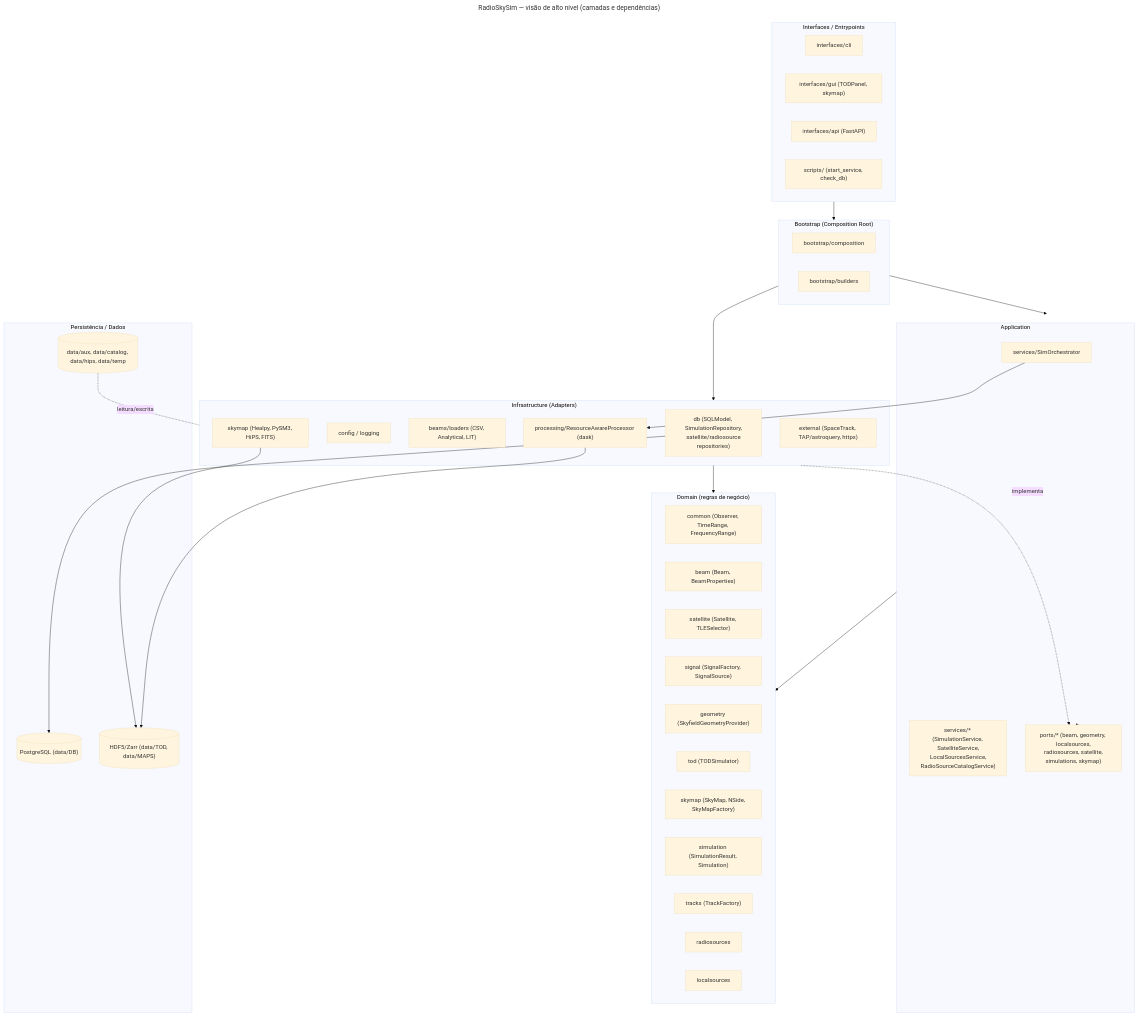
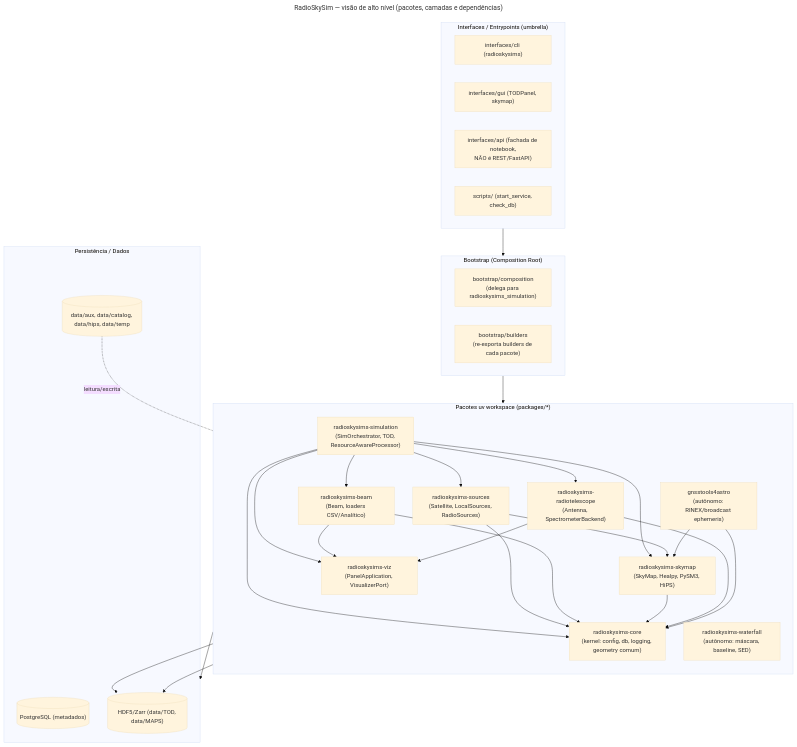
Before and after one commit to barosil/RadioSkySimSuite: the diagram in docs/diagrams/uml_high_level.mmd, drawn with Mermaid (base theme). The commit also changed 56 other files, not shown here.

Commit message:
feat(sims): notebook 02_sims de simulação leve + effective_area no perfil uirapuru + reorganização docs + bump core

```diff
--- a/docs/diagrams/uml_high_level.mmd
+++ b/docs/diagrams/uml_high_level.mmd
@@ -1,65 +1,60 @@
 ---
-title: RadioSkySim — visão de alto nível (camadas e dependências)
+title: RadioSkySim — visão de alto nível (pacotes, camadas e dependências)
 ---
-%% UML de alto nível - RadioSkySim
-%% Diagrama de pacotes/camadas (arquitetura hexagonal + composition root)
+%% UML de alto nível - RadioSkySimSuite (pós-desacoplamento)
+%% Atualizado em: 2026-09-01. Cada subgrafo de pacote segue internamente
+%% a arquitetura hexagonal: interfaces -> application -> domain,
+%% bootstrap monta infrastructure via DI, infrastructure implementa ports.
 flowchart TB
-    subgraph ENTRY["Interfaces / Entrypoints"]
-        CLI["interfaces/cli"]
+    subgraph ENTRY["Interfaces / Entrypoints (umbrella)"]
+        CLI["interfaces/cli (radioskysims)"]
         GUI["interfaces/gui (TODPanel, skymap)"]
-        API["interfaces/api (FastAPI)"]
+        NBAPI["interfaces/api (fachada de notebook,\nNÃO é REST/FastAPI)"]
         SCRIPTS["scripts/ (start_service, check_db)"]
     end
 
     subgraph BOOT["Bootstrap (Composition Root)"]
-        COMP["bootstrap/composition"]
-        BUILD["bootstrap/builders"]
+        COMP["bootstrap/composition\n(delega para radioskysims_simulation)"]
+        BUILD["bootstrap/builders\n(re-exporta builders de cada pacote)"]
     end
 
-    subgraph APP["Application"]
-        ORCH["services/SimOrchestrator"]
-        SVC["services/* (SimulationService, SatelliteService,\n LocalSourcesService, RadioSourceCatalogService)"]
-        PORTS["ports/* (beam, geometry, localsources,\n radiosources, satellite, simulations, skymap)"]
-    end
-
-    subgraph DOM["Domain (regras de negócio)"]
-        COMMON["common (Observer, TimeRange, FrequencyRange)"]
-        BEAM["beam (Beam, BeamProperties)"]
-        SAT["satellite (Satellite, TLESelector)"]
-        SIGNAL["signal (SignalFactory, SignalSource)"]
-        GEOM["geometry (SkyfieldGeometryProvider)"]
-        TOD["tod (TODSimulator)"]
-        SKY["skymap (SkyMap, NSide, SkyMapFactory)"]
-        SIM["simulation (SimulationResult, Simulation)"]
-        TRACKS["tracks (TrackFactory)"]
-        RADIO["radiosources"]
-        LOCAL["localsources"]
-    end
-
-    subgraph INFRA["Infrastructure (Adapters)"]
-        DB["db (SQLModel, SimulationRepository,\n satellite/radiosource repositories)"]
-        CONFIG["config / logging"]
-        BEAMSAD["beams/loaders (CSV, Analytical, LIT)"]
-        SKYAD["skymap (Healpy, PySM3, HiPS, FITS)"]
-        PROC["processing/ResourceAwareProcessor (dask)"]
-        EXT["external (SpaceTrack, TAP/astroquery, httpx)"]
+    subgraph PKGS["Pacotes uv workspace (packages/*)"]
+        direction TB
+        CORE["radioskysims-core\n(kernel: config, db, logging, geometry comum)"]
+        VIZ["radioskysims-viz\n(PanelApplication, VisualizerPort)"]
+        BEAM["radioskysims-beam\n(Beam, loaders CSV/Analítico)"]
+        SKYMAP["radioskysims-skymap\n(SkyMap, Healpy, PySM3, HiPS)"]
+        RT["radioskysims-radiotelescope\n(Antenna, SpectrometerBackend)"]
+        SOURCES["radioskysims-sources\n(Satellite, LocalSources, RadioSources)"]
+        SIMULATION["radioskysims-simulation\n(SimOrchestrator, TOD, ResourceAwareProcessor)"]
+        WATERFALL["radioskysims-waterfall\n(autônomo: máscara, baseline, SED)"]
+        GNSS["gnsstools4astro\n(autônomo: RINEX/broadcast ephemeris)"]
     end
 
     subgraph DATASTORE["Persistência / Dados"]
-        PG[("PostgreSQL (data/DB)")]
+        PG[("PostgreSQL (metadados)")]
         FILES[("HDF5/Zarr (data/TOD, data/MAPS)")]
         AUX[("data/aux, data/catalog, data/hips, data/temp")]
     end
 
     ENTRY --> BOOT
-    BOOT --> APP
-    BOOT --> INFRA
-    APP --> DOM
-    APP --> PORTS
-    INFRA -. "implementa" .-> PORTS
-    INFRA --> DOM
-    ORCH --> PROC
-    PROC --> FILES
-    DB --> PG
-    SKYAD --> FILES
-    AUX -. "leitura/escrita" .- INFRA
+    BOOT --> PKGS
+    SIMULATION --> BEAM
+    SIMULATION --> SKYMAP
+    SIMULATION --> SOURCES
+    SIMULATION --> RT
+    SIMULATION --> CORE
+    SIMULATION --> VIZ
+    SOURCES --> SKYMAP
+    SOURCES --> CORE
+    BEAM --> CORE
+    BEAM --> VIZ
+    SKYMAP --> CORE
+    RT --> CORE
+    RT --> VIZ
+    GNSS --> CORE
+    GNSS --> SKYMAP
+    CORE --> DATASTORE
+    SIMULATION --> FILES
+    SKYMAP --> FILES
+    AUX -. "leitura/escrita" .- CORE
```
